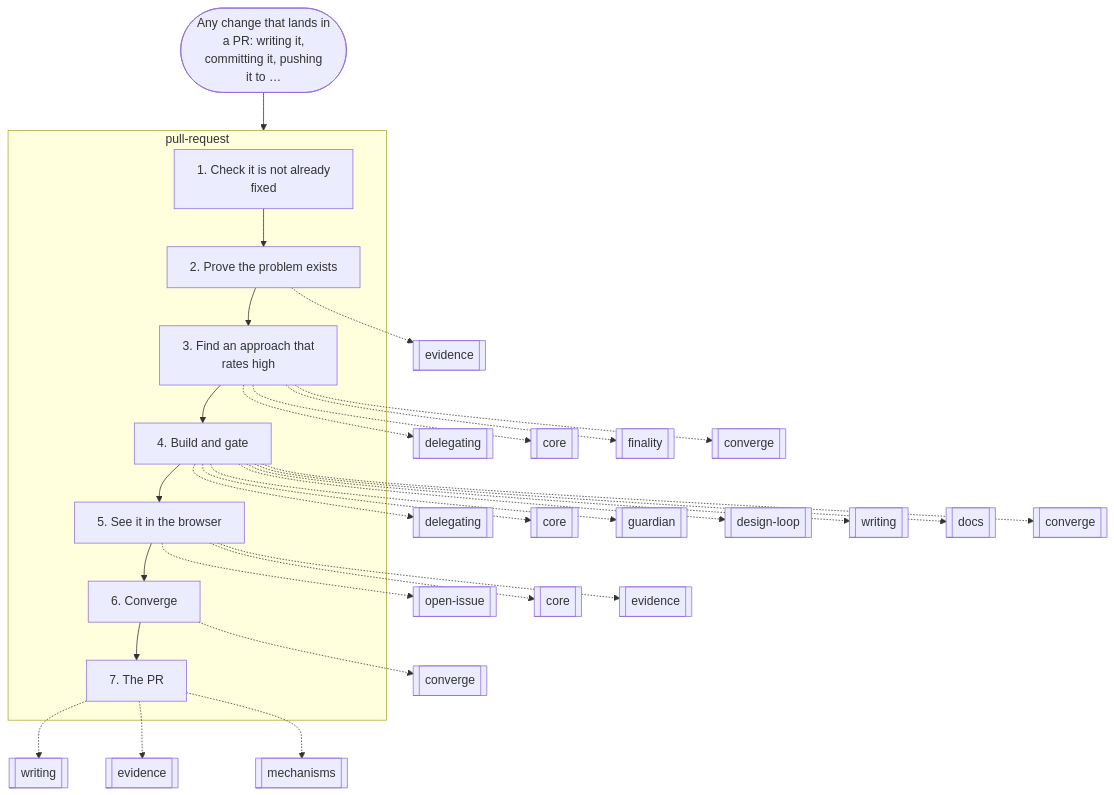
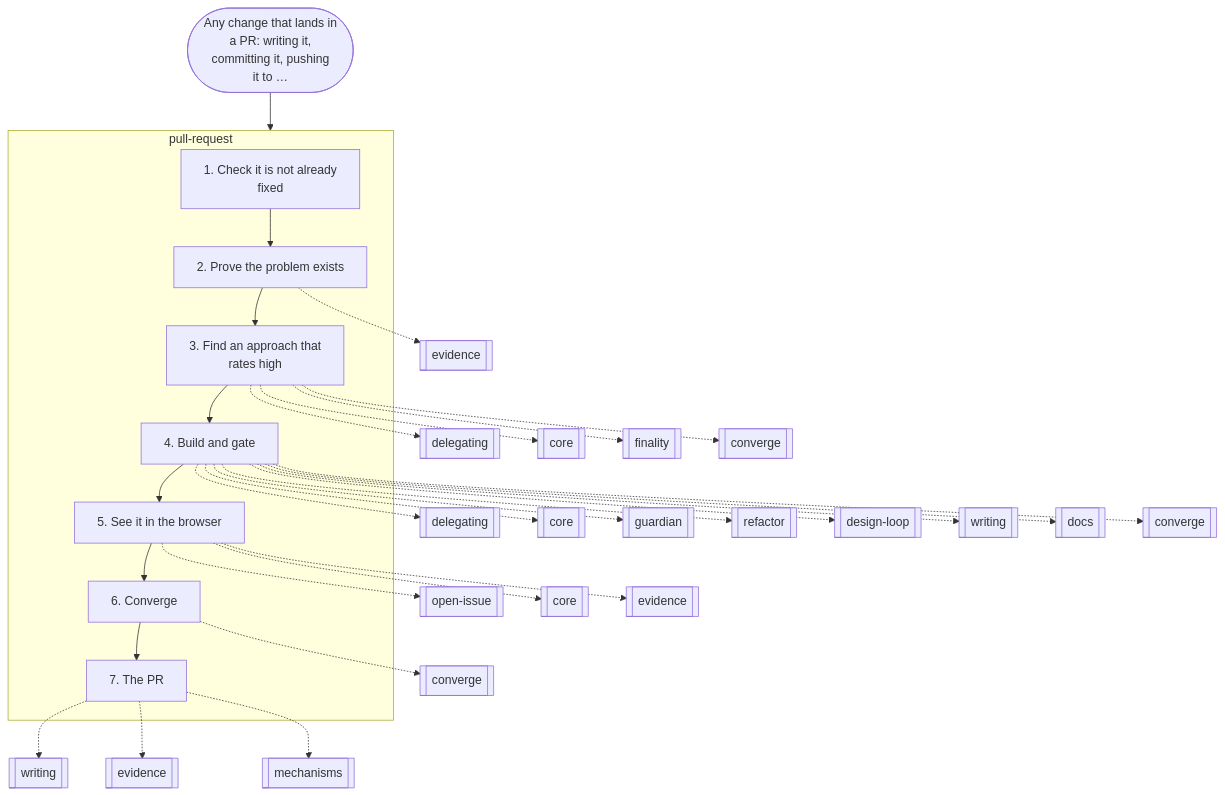
Before and after one commit to nitedani/mergeworthy: the seventh of 18 diagrams in docs/graphs.md, drawn with Mermaid. The commit also changed other lines of this file and 2 other files, not shown here.

Commit message:
pull-request: the implementer writes to the refactor prompt too, and reuses existing helpers
vikejs/vike#3590 stripped /index.pageContext.json by hand although
handlePageContextRequestUrl() already did it; neither the implementer nor the
rater looked outside the diff. Authoring now greps the constants, literals and
imports it will use, and reuses (or fixes, then reuses) what already exists.

````diff
--- a/docs/graphs.md
+++ b/docs/graphs.md
@@ -215,39 +215,40 @@
 ```mermaid
 flowchart TB
   start(["Any change that lands in<br/>a PR: writing it,<br/>committing it, pushing<br/>it to …"])
   subgraph g0["pull-request"]
     s0["1. Check it is not already<br/>fixed"]
     s1["2. Prove the problem exists"]
     s0 --> s1
     s2["3. Find an approach that<br/>rates high"]
     s1 --> s2
     s3["4. Build and gate"]
     s2 --> s3
     s4["5. See it in the browser"]
     s3 --> s4
     s5["6. Converge"]
     s4 --> s5
     s6["7. The PR"]
     s5 --> s6
   end
   s1 -.-> r1[["evidence"]]
   s2 -.-> r2[["delegating"]]
   s2 -.-> r3[["core"]]
   s2 -.-> r4[["finality"]]
   s2 -.-> r5[["converge"]]
   s3 -.-> r6[["delegating"]]
   s3 -.-> r7[["core"]]
   s3 -.-> r8[["guardian"]]
-  s3 -.-> r9[["design-loop"]]
-  s3 -.-> r10[["writing"]]
-  s3 -.-> r11[["docs"]]
-  s3 -.-> r12[["converge"]]
-  s4 -.-> r13[["open-issue"]]
-  s4 -.-> r14[["core"]]
-  s4 -.-> r15[["evidence"]]
-  s5 -.-> r16[["converge"]]
-  s6 -.-> r17[["writing"]]
-  s6 -.-> r18[["evidence"]]
-  s6 -.-> r19[["mechanisms"]]
+  s3 -.-> r9[["refactor"]]
+  s3 -.-> r10[["design-loop"]]
+  s3 -.-> r11[["writing"]]
+  s3 -.-> r12[["docs"]]
+  s3 -.-> r13[["converge"]]
+  s4 -.-> r14[["open-issue"]]
+  s4 -.-> r15[["core"]]
+  s4 -.-> r16[["evidence"]]
+  s5 -.-> r17[["converge"]]
+  s6 -.-> r18[["writing"]]
+  s6 -.-> r19[["evidence"]]
+  s6 -.-> r20[["mechanisms"]]
   start --> g0
 ```
````
